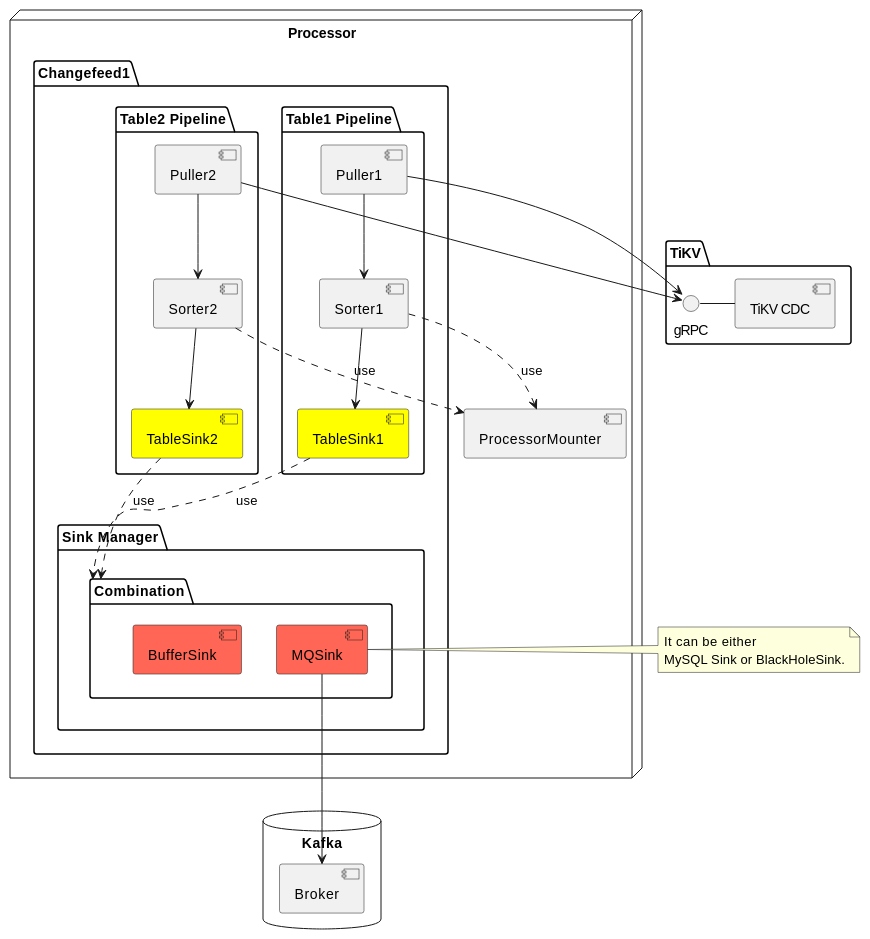
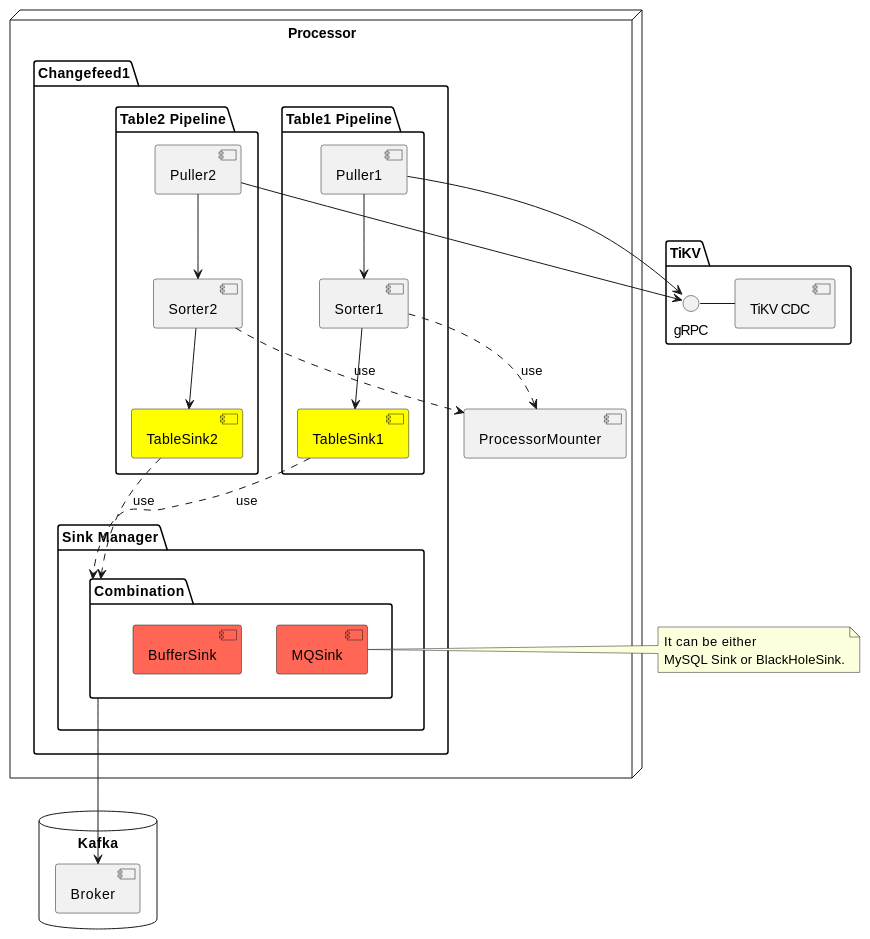
Before and after one commit to Rustin170506/ticdc-sink.slide: the fourth of 6 diagrams in slides.md, drawn with PlantUML. The commit also changed other lines of this file, not shown here.

Commit message:
Finish sequences

````diff
--- a/slides.md
+++ b/slides.md
@@ -398,49 +398,49 @@
 ```plantuml {scale: 1}
 @startuml
 
 package "TiKV" {
   gRPC - [TiKV CDC]
 }
 
 node "Processor" {
   [ProcessorMounter]
   package "Changefeed1" {
     package "Table1 Pipeline" {
       [Puller1] --> [gRPC]
       [Sorter1]
       [TableSink1] #Yellow
     }
     package "Table2 Pipeline" {
       [Puller2] --> [gRPC]
       [Sorter2]
       [TableSink2] #Yellow
     }
     package "Sink Manager" {
       folder "Combination" as Combination {
         [MQSink] #FF6655
         [BufferSink] #FF6655
       }
     }
   }
 }
 
 database "Kafka" {
   [Broker]
 }
 
 note right of [MQSink]
   It can be either 
   MySQL Sink or BlackHoleSink.
 end note
 
-[MQSink] --> [Broker]
+Combination --> [Broker]
 [Sorter1] ..> [ProcessorMounter] : use
 [Sorter2] ..> [ProcessorMounter] : use
 [TableSink1] ..> Combination : use
 [TableSink2] ..> Combination : use
 [Puller1] --> [Sorter1]
 [Sorter1] --> [TableSink1]
 [Puller2] --> [Sorter2]
 [Sorter2] --> [TableSink2]
 @enduml
 ```
````
